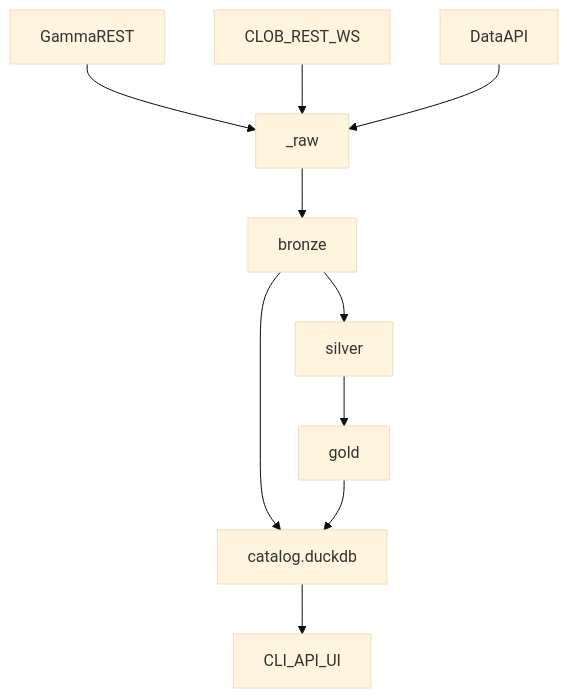
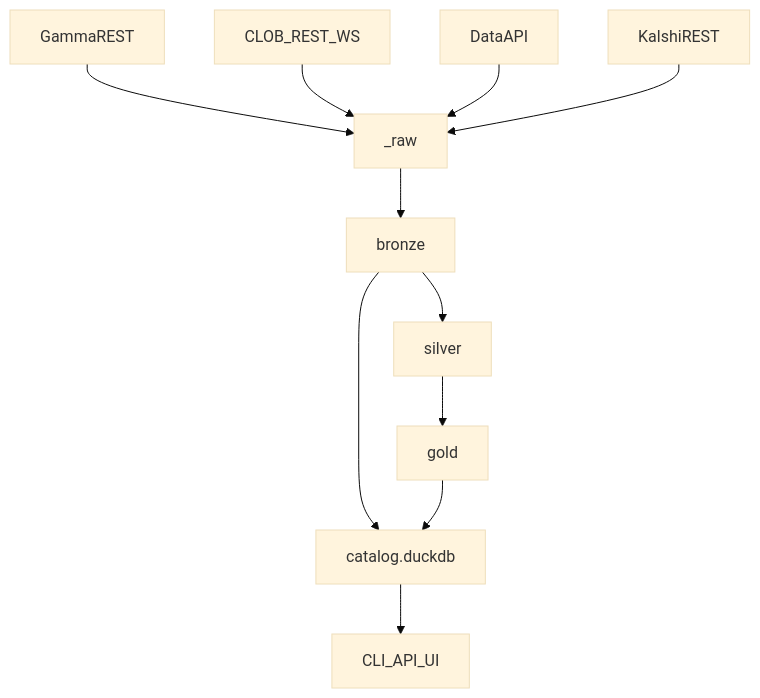
The diagram in docs/architecture.md (hypertrial/oddsfox-pipeline), drawn with Mermaid (base theme) before and after one commit. The commit also changed other lines of this file and 25 other files, not shown here.

````diff
--- a/docs/architecture.md
+++ b/docs/architecture.md
@@ -6,22 +6,24 @@
 ```mermaid
 flowchart TB
     gamma[GammaREST]
     clob[CLOB_REST_WS]
     dataapi[DataAPI]
+    kalshi[KalshiREST]
     raw[_raw]
     bronze[bronze]
     silver[silver]
     gold[gold]
     duckdb[catalog.duckdb]
     iface[CLI_API_UI]
 
     gamma --> raw
     clob --> raw
     dataapi --> raw
+    kalshi --> raw
     raw --> bronze
     bronze --> silver
     silver --> gold
     bronze --> duckdb
     gold --> duckdb
     duckdb --> iface
 ```
````
